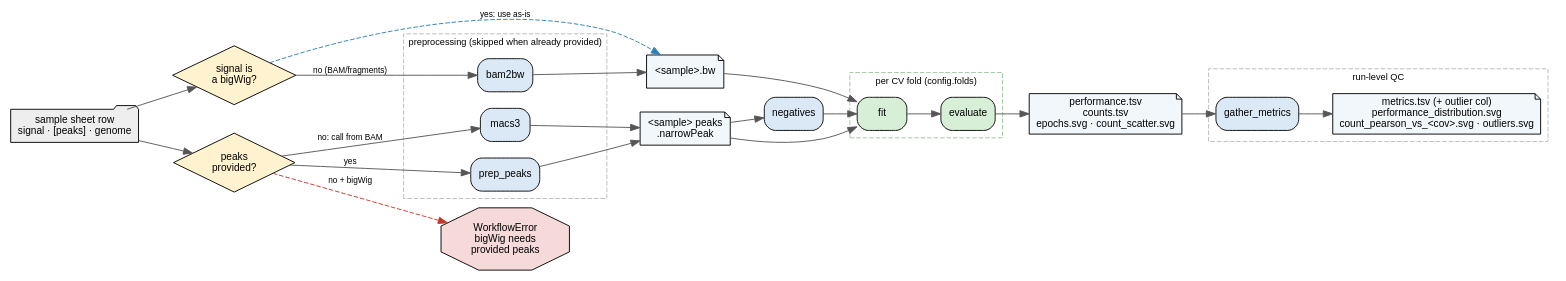
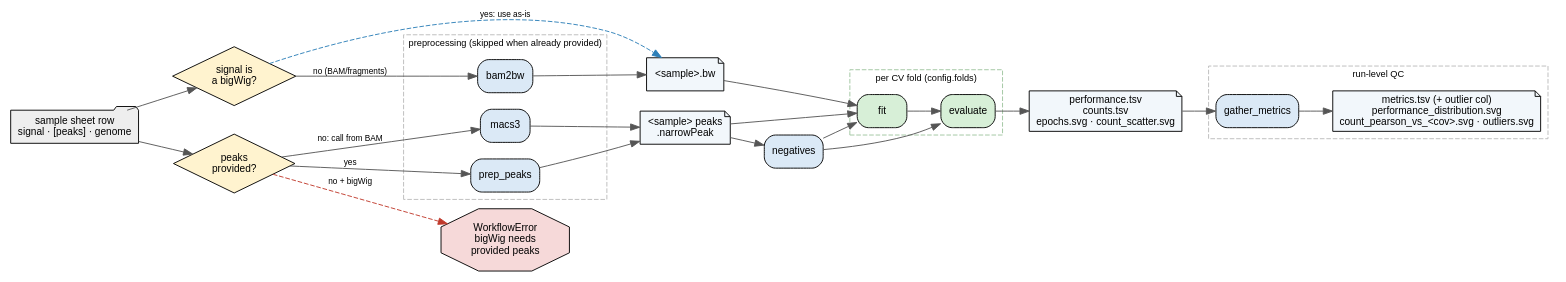
The diagram in docs/run-paths.dot (ramirc0/cherimoya-smk), drawn with Graphviz before and after one commit. The commit also changed 1 other file, not shown here.

Commit message:
Draw the negatives input of evaluate

```diff
--- a/docs/run-paths.dot
+++ b/docs/run-paths.dot
@@ -1,75 +1,76 @@
 // How a sample flows through the pipeline, given what its sample-sheet row
 // provides. Render: dot -Tsvg docs/run-paths.dot -o docs/run-paths.svg
 digraph run_paths {
     rankdir=LR;
     bgcolor="white";
     node [fontname="Arial", fontsize=11, margin="0.12,0.06"];
     edge [fontname="Arial", fontsize=9, color="#555555"];
 
     sheet [shape=folder, fillcolor="#eeeeee", style=filled,
            label="sample sheet row\nsignal · [peaks] · genome"];
 
     // --- input decisions ------------------------------------------------
     q_sig   [shape=diamond, style=filled, fillcolor="#fff3cf",
              label="signal is\na bigWig?"];
     q_peaks [shape=diamond, style=filled, fillcolor="#fff3cf",
              label="peaks\nprovided?"];
 
     // --- preprocessing (per sample, fold-agnostic) ----------------------
     subgraph cluster_pre {
         label="preprocessing (skipped when already provided)";
         fontname="Arial"; fontsize=10; color="#bbbbbb"; style=dashed;
         bam2bw [shape=box, style="filled,rounded", fillcolor="#dbe9f6", label="bam2bw"];
         macs3  [shape=box, style="filled,rounded", fillcolor="#dbe9f6", label="macs3"];
         prep   [shape=box, style="filled,rounded", fillcolor="#dbe9f6", label="prep_peaks"];
     }
 
     bw    [shape=note, fillcolor="#f2f7fb", style=filled, label="<sample>.bw"];
     peaks [shape=note, fillcolor="#f2f7fb", style=filled, label="<sample> peaks\n.narrowPeak"];
     err   [shape=octagon, style=filled, fillcolor="#f6d9d9",
            label="WorkflowError\nbigWig needs\nprovided peaks"];
 
     // --- shared core (per CV fold) --------------------------------------
     neg [shape=box, style="filled,rounded", fillcolor="#dbe9f6", label="negatives"];
     subgraph cluster_fold {
         label="per CV fold (config.folds)";
         fontname="Arial"; fontsize=10; color="#9ec59e"; style=dashed;
         fit  [shape=box, style="filled,rounded", fillcolor="#d7efd7", label="fit"];
         evaluate [shape=box, style="filled,rounded", fillcolor="#d7efd7", label="evaluate"];
     }
     perf [shape=note, fillcolor="#f2f7fb", style=filled,
           label="performance.tsv\ncounts.tsv\nepochs.svg · count_scatter.svg"];
 
     // --- run-level QC ---------------------------------------------------
     subgraph cluster_qc {
         label="run-level QC";
         fontname="Arial"; fontsize=10; color="#bbbbbb"; style=dashed;
         gather [shape=box, style="filled,rounded", fillcolor="#dbe9f6", label="gather_metrics"];
         qc [shape=note, fillcolor="#f2f7fb", style=filled,
             label="metrics.tsv (+ outlier col)\nperformance_distribution.svg\ncount_pearson_vs_<cov>.svg · outliers.svg"];
     }
 
     // signal branch
     sheet -> q_sig;
     q_sig -> bam2bw [label="no (BAM/fragments)"];
     bam2bw -> bw;
     q_sig -> bw [label="yes: use as-is", style=dashed, color="#2c7fb8"];
 
     // peaks branch
     sheet -> q_peaks;
     q_peaks -> prep  [label="yes"];
     prep -> peaks;
     q_peaks -> macs3 [label="no: call from BAM"];
     macs3 -> peaks;
     q_peaks -> err   [label="no + bigWig", style=dashed, color="#c0392b"];
 
     // convergence + core
     peaks -> neg;
     bw -> fit;
     peaks -> fit;
     neg -> fit;
+    neg -> evaluate;
     fit -> evaluate -> perf;
     perf -> gather -> qc;
 
     { rank=same; bw; peaks; }
 }
```
